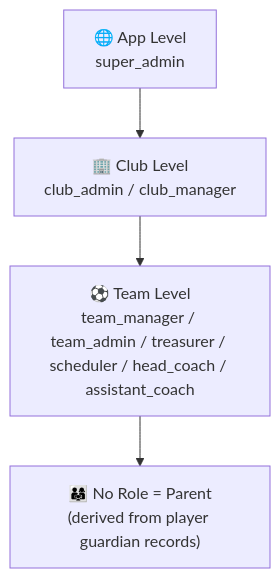
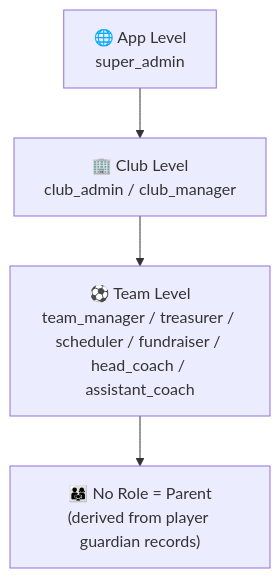
One commit to trantechsolutions/nola-dfc-manager changed the third of 15 diagrams in DOCUMENTATION.md. Above: the diagram before and after it, drawn with Mermaid. The commit also changed other lines of this file and 19 other files, not shown here.

````diff
--- a/DOCUMENTATION.md
+++ b/DOCUMENTATION.md
@@ -167,6 +167,6 @@
 ```mermaid
 graph TD
     A["🌐 App Level\nsuper_admin"] --> B["🏢 Club Level\nclub_admin / club_manager"]
-    B --> C["⚽ Team Level\nteam_manager / team_admin / treasurer / scheduler / head_coach / assistant_coach"]
+    B --> C["⚽ Team Level\nteam_manager / treasurer / scheduler / fundraiser / head_coach / assistant_coach"]
     C --> D["👨‍👩‍👧 No Role = Parent\n(derived from player guardian records)"]
 ```
````
